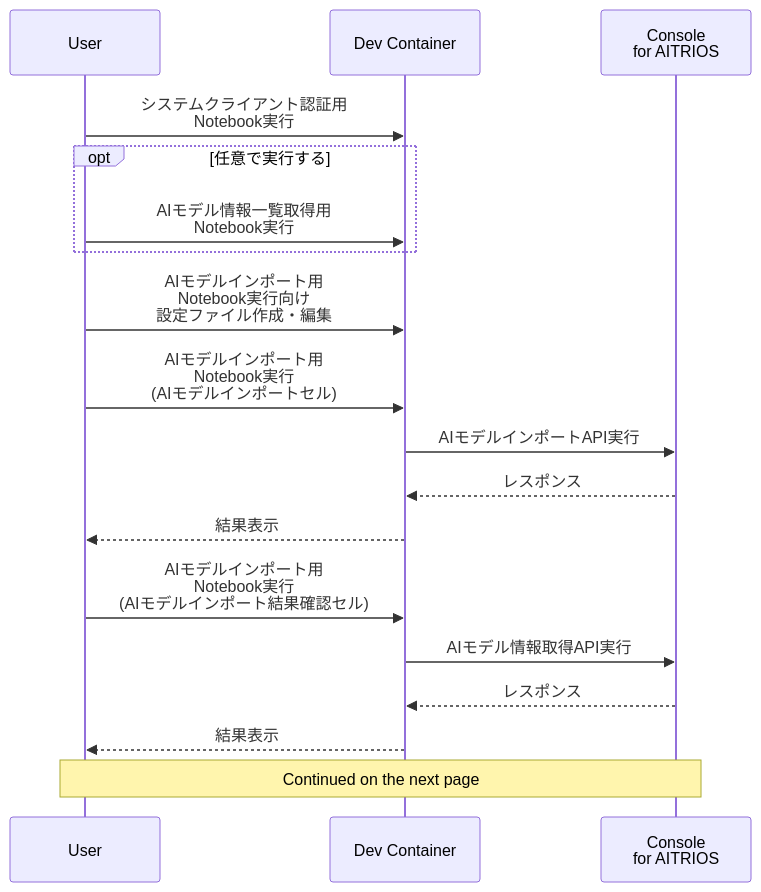
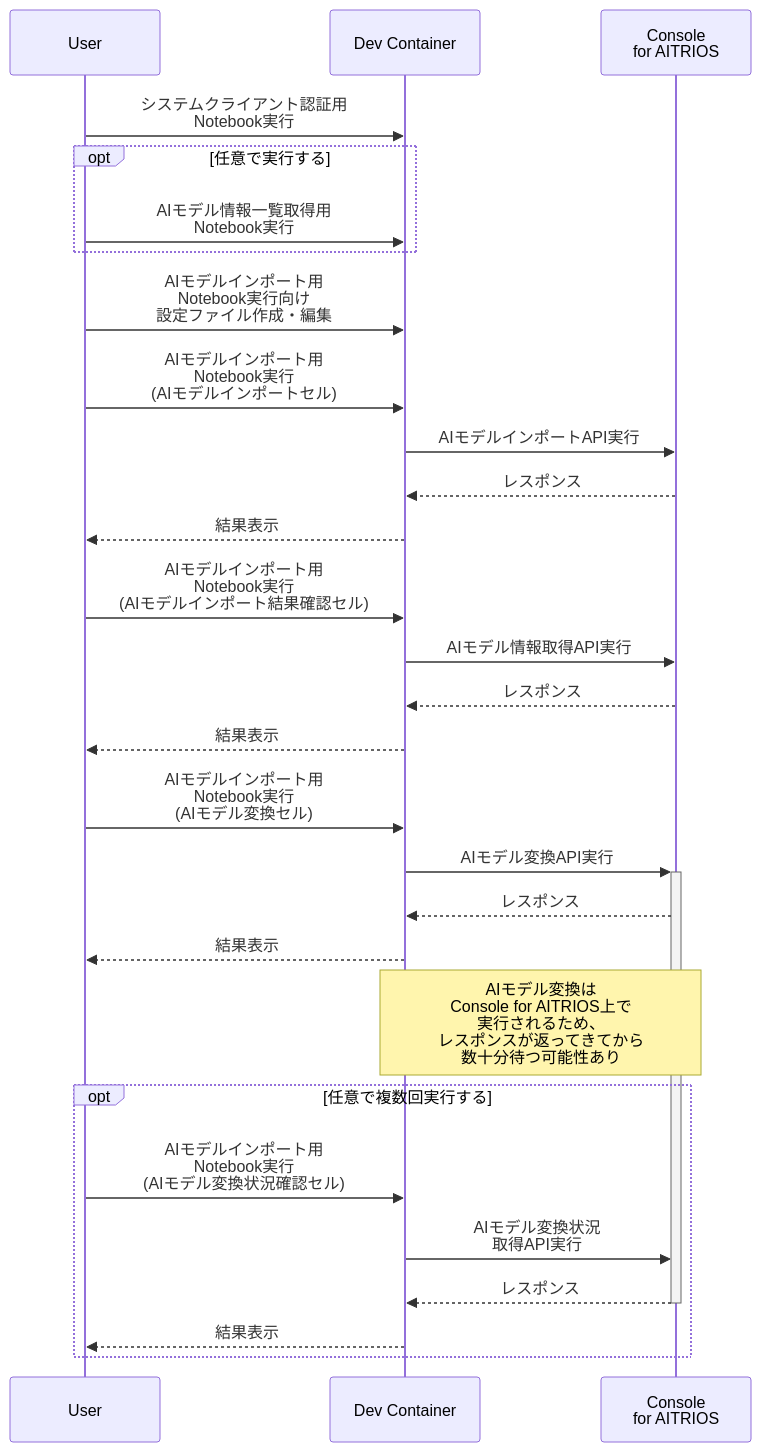
The sixth of 9 diagrams in docs/development-docs/AsciiDoc/VisionandSensingApplicationSDK_FuncSpec_ModelAndPPLImport_ja.adoc (ZucchiniTang/aitrios-sdk-vision-sensing-app), drawn with Mermaid before and after one commit. The commit also changed other lines of this file and 255 other files, not shown here.

```diff
--- a/docs/development-docs/AsciiDoc/VisionandSensingApplicationSDK_FuncSpec_ModelAndPPLImport_ja.adoc
+++ b/docs/development-docs/AsciiDoc/VisionandSensingApplicationSDK_FuncSpec_ModelAndPPLImport_ja.adoc
@@ -313,26 +309,37 @@
-[mermaid]
+[mermaid, target="AIモデルインポート シーケンス"]
 ----
 %%{init:{'themeCSS':'text.actor {font-size:18px !important;} .messageText {font-size:18px !important;} .loopText {font-size:18px !important;} .noteText {font-size:18px !important;}'}}%%
 sequenceDiagram
   participant user as User
   participant container as Dev Container
   participant console as Console<br>for AITRIOS
 
   user->>container: システムクライアント認証用<br>Notebook実行
   opt 任意で実行する
     user->>container: AIモデル情報一覧取得用<br>Notebook実行
   end
   user->>container: AIモデルインポート用<br>Notebook実行向け<br>設定ファイル作成・編集
-  user->>container: AIモデルインポート用<br>Notebook実行<br>(AIモデルインポートセル)
+  user->>container: AIモデルインポート用<br>Notebook実行<br> (AIモデルインポートセル)
 
   container->>console: AIモデルインポートAPI実行
   console-->>container: レスポンス
   container-->>user: 結果表示
 
-  user->>container: AIモデルインポート用<br>Notebook実行<br>(AIモデルインポート結果確認セル)
+  user->>container: AIモデルインポート用<br>Notebook実行<br> (AIモデルインポート結果確認セル)
   container->>console: AIモデル情報取得API実行
   console-->>container: レスポンス
   container-->>user: 結果表示
 
-  Note over user, console: Continued on the next page
+  user->>container: AIモデルインポート用<br>Notebook実行<br> (AIモデル変換セル)
+  container->>+console: AIモデル変換API実行
+  console-->>container: レスポンス
+  container-->>user: 結果表示
+  Note over container, console: AIモデル変換は<br>Console for AITRIOS上で<br>実行されるため、<br>レスポンスが返ってきてから<br>数十分待つ可能性あり
+
+  opt 任意で複数回実行する
+    user->>container: AIモデルインポート用<br>Notebook実行<br> (AIモデル変換状況確認セル)
+    container->>console: AIモデル変換状況<br>取得API実行
+    console-->>-container: レスポンス
+    container-->>user: 結果表示
+  end
 ----
```
